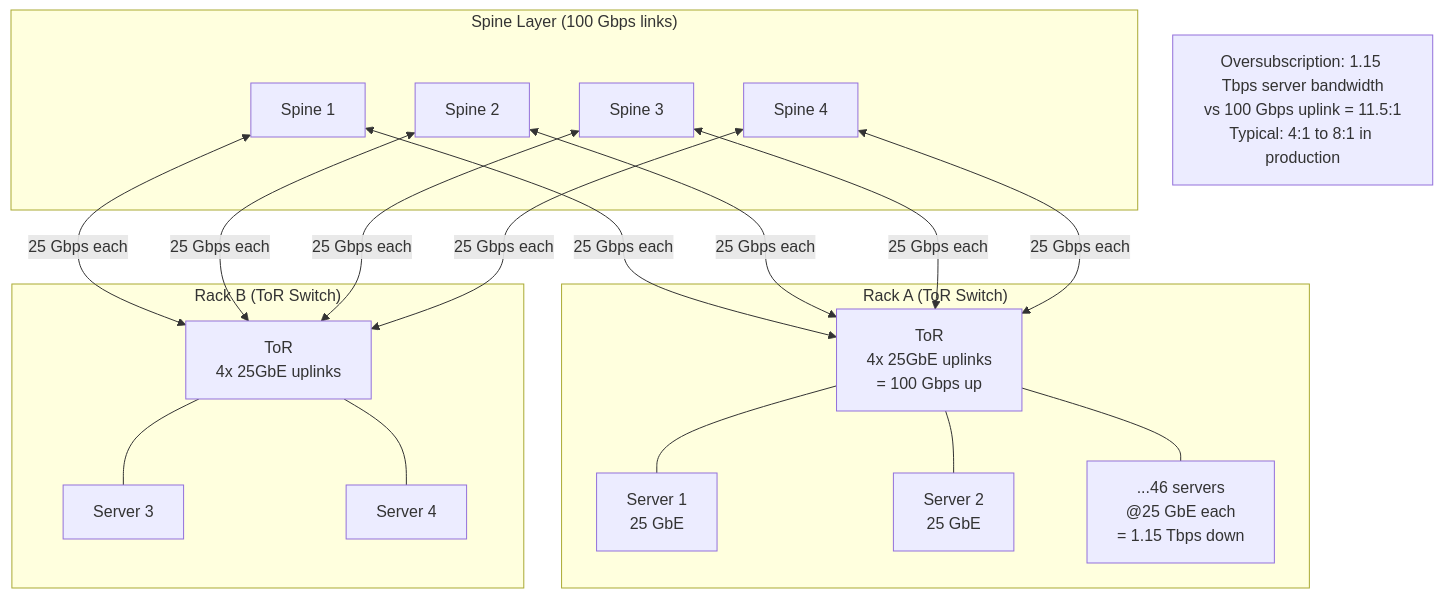
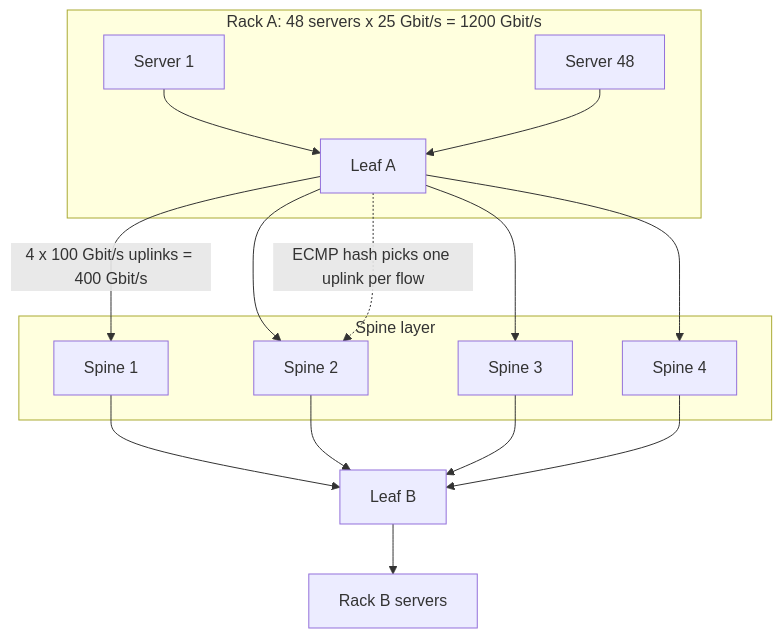
One commit to gorkemsari/distributed-systems changed the third of 6 diagrams in src/content/docs/en/foundations/monoliths-to-distributed/network-reliability.mdx. Above: the diagram before and after it, drawn with Mermaid. The commit also changed other lines of this file and 3 other files, not shown here.

````diff
--- a/src/content/docs/en/foundations/monoliths-to-distributed/network-reliability.mdx
+++ b/src/content/docs/en/foundations/monoliths-to-distributed/network-reliability.mdx
@@ -103,27 +79,21 @@
 ```mermaid
-flowchart TD
-    subgraph Spine["Spine Layer (100 Gbps links)"]
-        S1[Spine 1]
-        S2[Spine 2]
-        S3[Spine 3]
-        S4[Spine 4]
+flowchart TB
+    subgraph SPINE["Spine layer"]
+        S1["Spine 1"]
+        S2["Spine 2"]
+        S3["Spine 3"]
+        S4["Spine 4"]
     end
-    subgraph Leaf1["Rack A (ToR Switch)"]
-        L1[ToR\n4x 25GbE uplinks\n= 100 Gbps up]
-        H1[Server 1\n25 GbE]
-        H2[Server 2\n25 GbE]
-        H3["...46 servers\n@25 GbE each\n= 1.15 Tbps down"]
+    subgraph RACK["Rack A: 48 servers x 25 Gbit/s = 1200 Gbit/s"]
+        L1["Leaf A"]
+        H1["Server 1"] --> L1
+        H2["Server 48"] --> L1
     end
-    subgraph Leaf2["Rack B (ToR Switch)"]
-        L2[ToR\n4x 25GbE uplinks]
-        H4[Server 3]
-        H5[Server 4]
-    end
- 
-    S1 & S2 & S3 & S4 <-->|25 Gbps each| L1
-    S1 & S2 & S3 & S4 <-->|25 Gbps each| L2
-    L1 --- H1 & H2 & H3
-    L2 --- H4 & H5
- 
-    note["Oversubscription: 1.15 Tbps server bandwidth\nvs 100 Gbps uplink = 11.5:1\nTypical: 4:1 to 8:1 in production"]
+    L1 -->|"4 x 100 Gbit/s uplinks = 400 Gbit/s"| S1
+    L1 --> S2
+    L1 --> S3
+    L1 --> S4
+    S1 & S2 & S3 & S4 --> L2["Leaf B"]
+    L2 --> RB["Rack B servers"]
+    L1 -.->|"ECMP hash picks one uplink per flow"| S2
 ```
````
